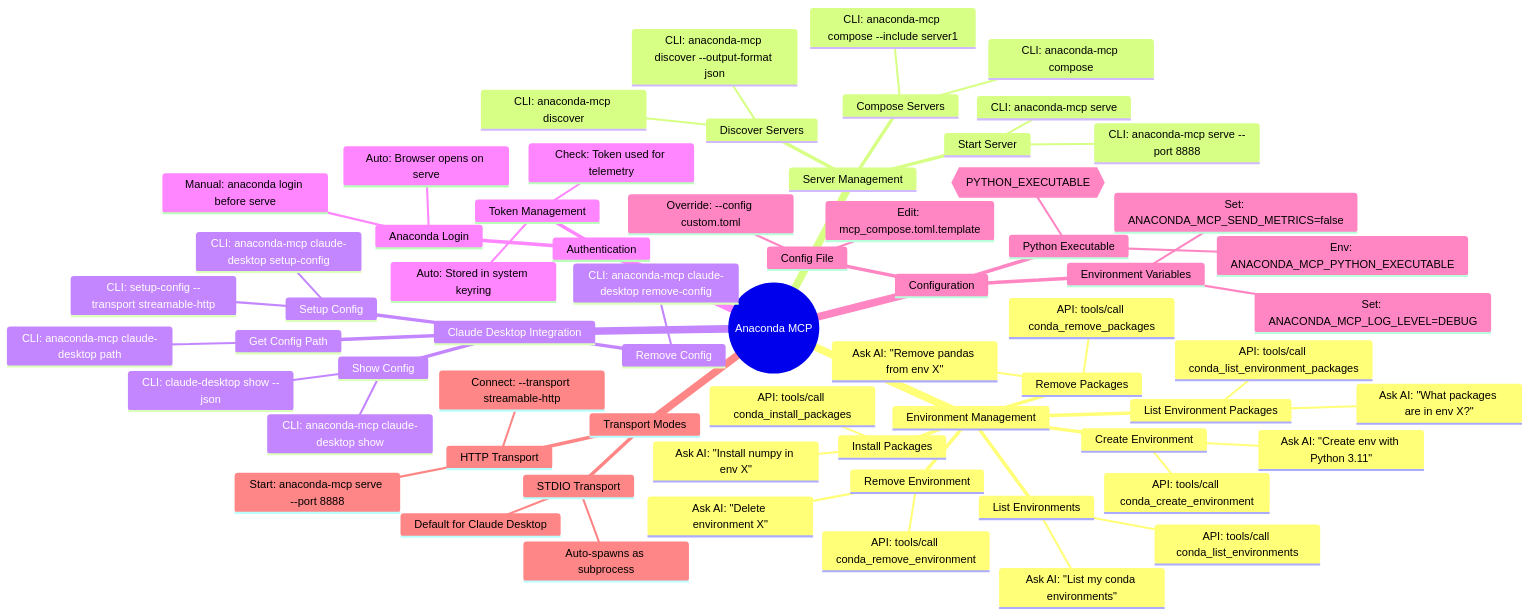
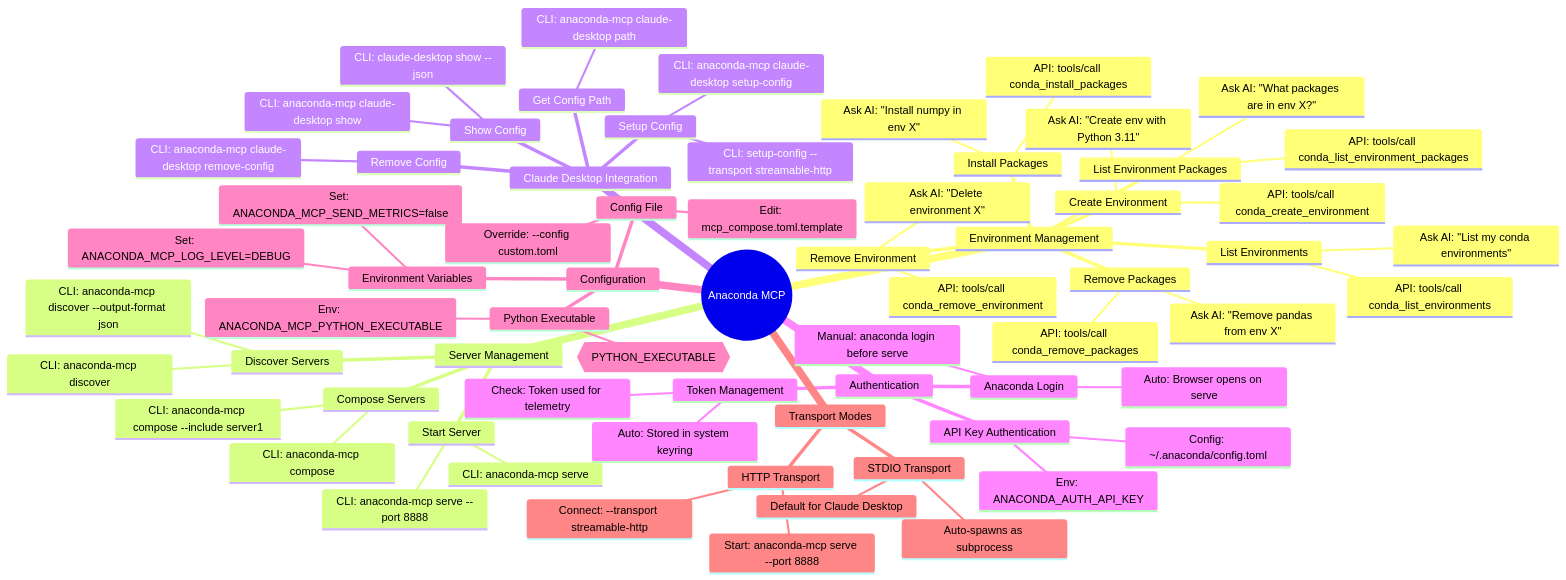
Before and after one commit to anaconda/anaconda-mcp: the first of 2 diagrams in tests/qa/_ai_docs/_product/FEATURE_TREE.md, drawn with Mermaid. The commit also changed other lines of this file and 6 other files, not shown here.

Commit message:
added one more flow for authenticated user

````diff
--- a/tests/qa/_ai_docs/_product/FEATURE_TREE.md
+++ b/tests/qa/_ai_docs/_product/FEATURE_TREE.md
@@ -12,68 +12,71 @@
 ```mermaid
 mindmap
   root((Anaconda MCP))
     Environment Management
       List Environments
         Ask AI: "List my conda environments"
         API: tools/call conda_list_environments
       List Environment Packages
         Ask AI: "What packages are in env X?"
         API: tools/call conda_list_environment_packages
       Create Environment
         Ask AI: "Create env with Python 3.11"
         API: tools/call conda_create_environment
       Remove Environment
         Ask AI: "Delete environment X"
         API: tools/call conda_remove_environment
       Install Packages
         Ask AI: "Install numpy in env X"
         API: tools/call conda_install_packages
       Remove Packages
         Ask AI: "Remove pandas from env X"
         API: tools/call conda_remove_packages
     Server Management
       Start Server
         CLI: anaconda-mcp serve
         CLI: anaconda-mcp serve --port 8888
       Discover Servers
         CLI: anaconda-mcp discover
         CLI: anaconda-mcp discover --output-format json
       Compose Servers
         CLI: anaconda-mcp compose
         CLI: anaconda-mcp compose --include server1
     Claude Desktop Integration
       Setup Config
         CLI: anaconda-mcp claude-desktop setup-config
         CLI: setup-config --transport streamable-http
       Remove Config
         CLI: anaconda-mcp claude-desktop remove-config
       Show Config
         CLI: anaconda-mcp claude-desktop show
         CLI: claude-desktop show --json
       Get Config Path
         CLI: anaconda-mcp claude-desktop path
     Authentication
       Anaconda Login
         Auto: Browser opens on serve
         Manual: anaconda login before serve
+      API Key Authentication
+        Env: ANACONDA_AUTH_API_KEY
+        Config: ~/.anaconda/config.toml
       Token Management
         Auto: Stored in system keyring
         Check: Token used for telemetry
     Configuration
       Environment Variables
         Set: ANACONDA_MCP_LOG_LEVEL=DEBUG
         Set: ANACONDA_MCP_SEND_METRICS=false
       Config File
         Edit: mcp_compose.toml.template
         Override: --config custom.toml
       Python Executable
         Env: ANACONDA_MCP_PYTHON_EXECUTABLE
         Template: {{PYTHON_EXECUTABLE}}
     Transport Modes
       STDIO Transport
         Default for Claude Desktop
         Auto-spawns as subprocess
       HTTP Transport
         Start: anaconda-mcp serve --port 8888
         Connect: --transport streamable-http
 ```
````
